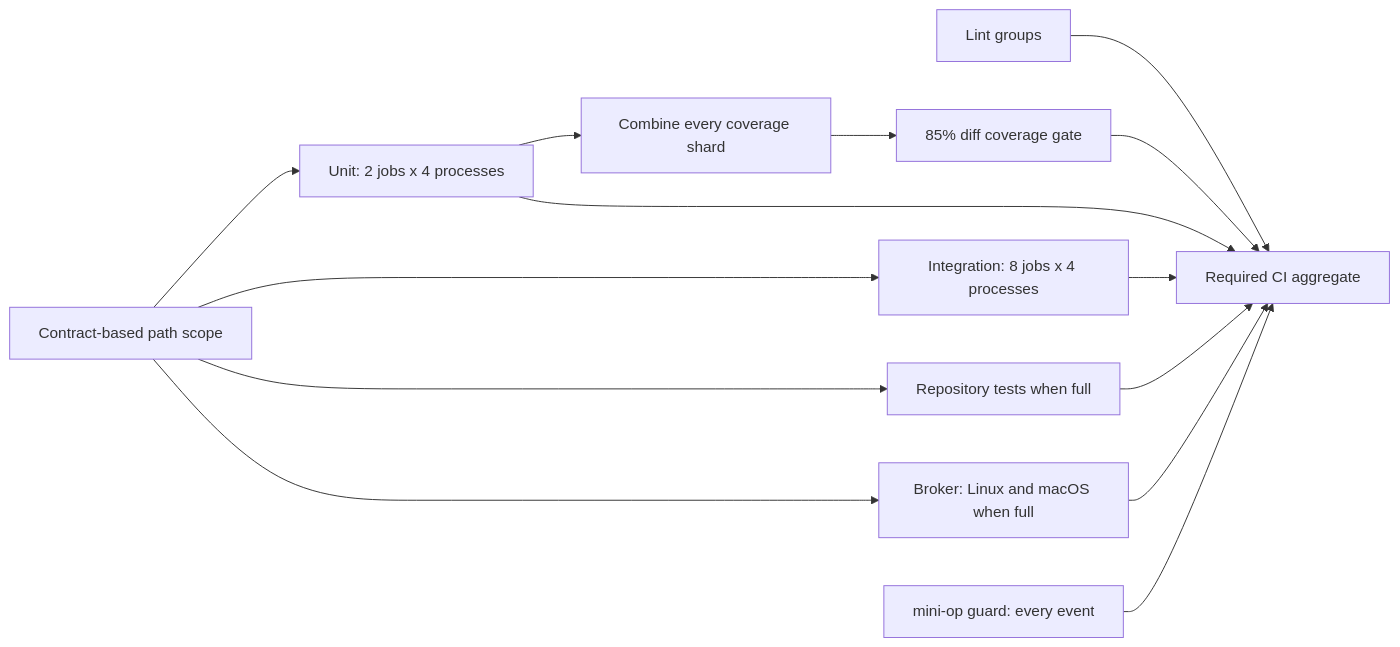
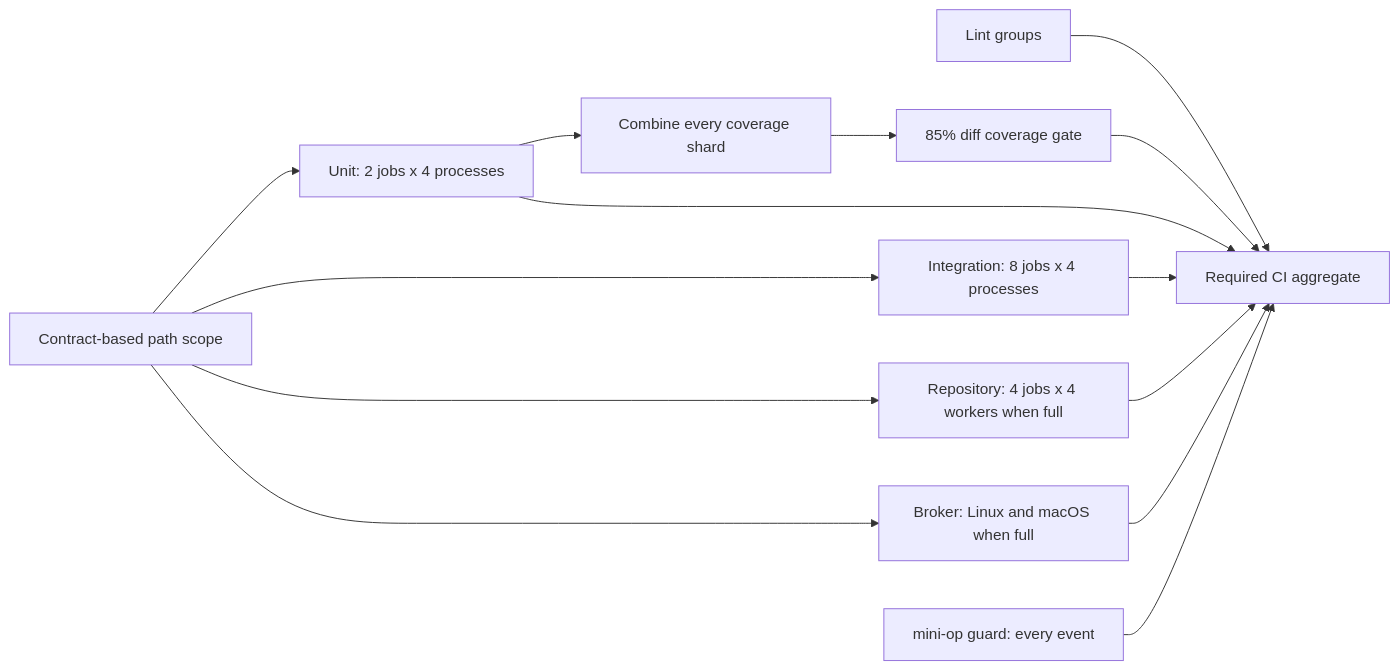
The diagram in docs/tests.md (windroc-labs/ensemble), drawn with Mermaid before and after one commit. The commit also changed other lines of this file and 1 other file, not shown here.

Commit message:
docs(ci): document balanced workers and docs timing replays

````diff
--- a/docs/tests.md
+++ b/docs/tests.md
@@ -135,16 +135,16 @@
 ```mermaid
 flowchart LR
     S[Contract-based path scope] --> U
     S --> I
-    S --> R[Repository tests when full]
+    S --> R[Repository: 4 jobs x 4 workers when full]
     S --> B
     L[Lint groups] --> CI[Required CI aggregate]
     U[Unit: 2 jobs x 4 processes] --> C[Combine every coverage shard]
     C --> G[85% diff coverage gate]
     G --> CI
     U --> CI
     I[Integration: 8 jobs x 4 processes] --> CI
     R --> CI
     B[Broker: Linux and macOS when full] --> CI
     M[mini-op guard: every event] --> CI
 ```
````
